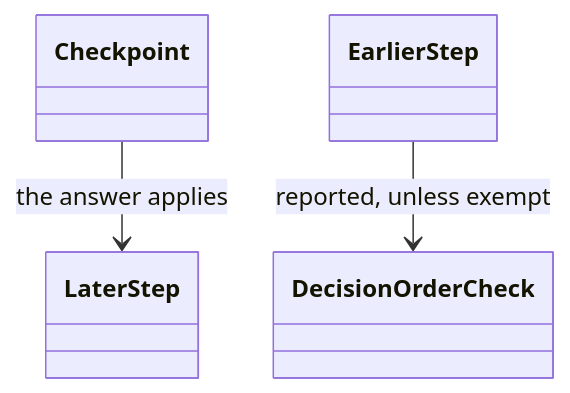
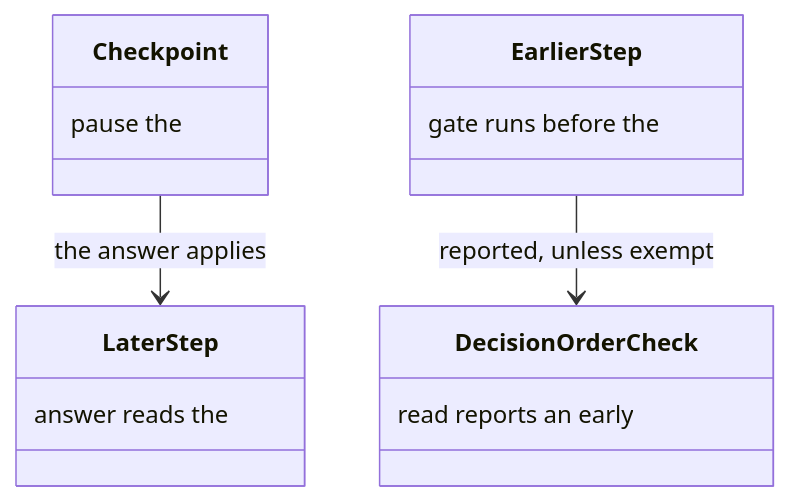
One commit to m2ux/workflow-server changed diagram 18 of 22 in docs/checkpoint.md. Above: the diagram before and after it, drawn with Mermaid. The commit also changed other lines of this file and 13 other files, not shown here.

````diff
--- a/docs/checkpoint.md
+++ b/docs/checkpoint.md
@@ -291,9 +335,17 @@
 ```mermaid
 classDiagram
-  class Checkpoint
-  class LaterStep
-  class EarlierStep
-  class DecisionOrderCheck
+  class Checkpoint {
+    pause the
+  }
+  class LaterStep {
+    answer reads the
+  }
+  class EarlierStep {
+    gate runs before the
+  }
+  class DecisionOrderCheck {
+    read reports an early
+  }
   Checkpoint --> LaterStep : the answer applies
   EarlierStep --> DecisionOrderCheck : reported, unless exempt
 ```
````
